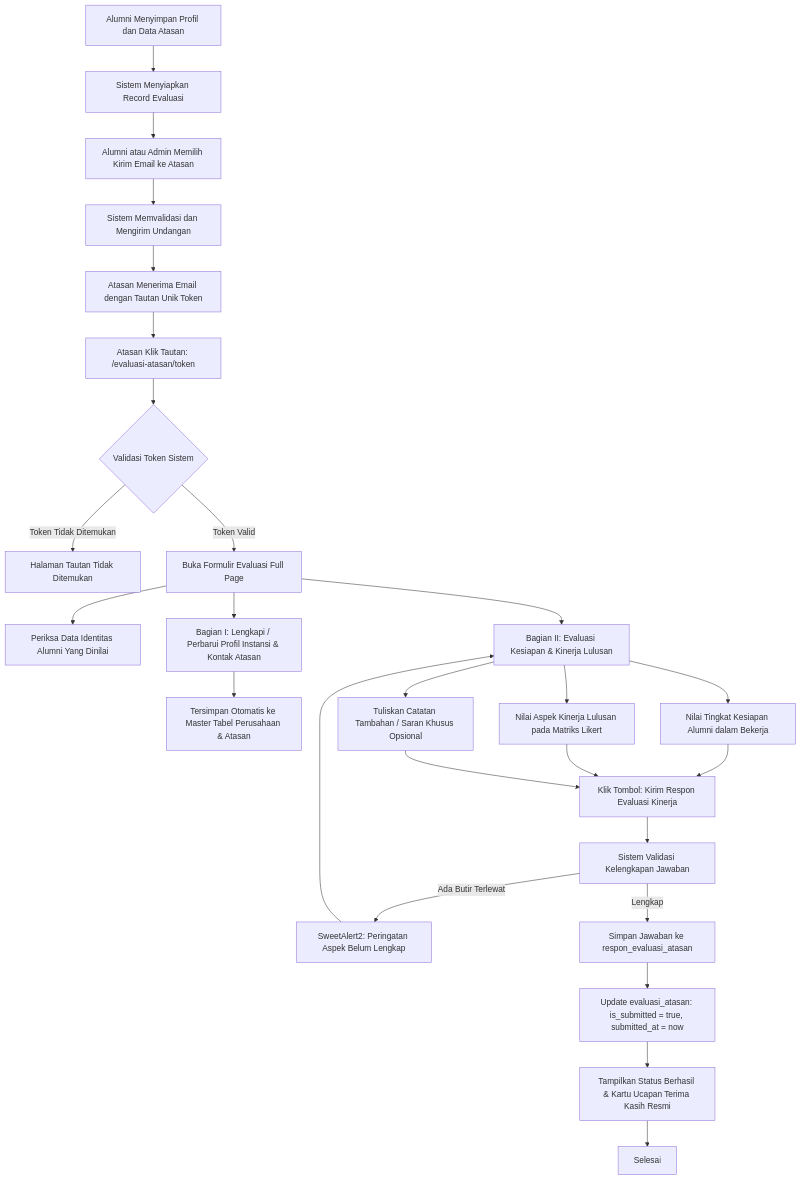
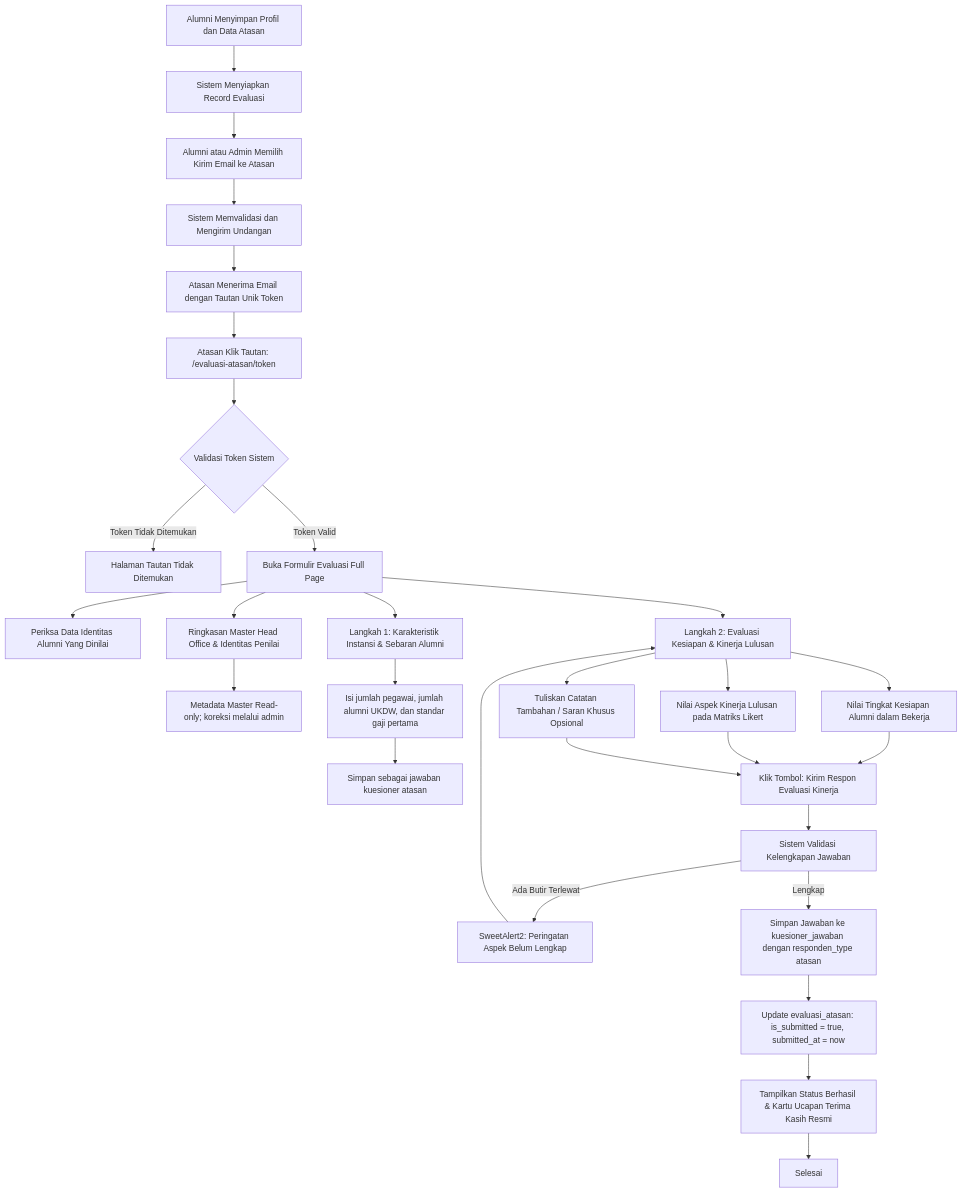
The seventh of 9 diagrams in docs/user-flow.md (claraanjelitakd/tugas-akhir), drawn with Mermaid before and after one commit. The commit also changed other lines of this file and 41 other files, not shown here.

````diff
--- a/docs/user-flow.md
+++ b/docs/user-flow.md
@@ -400,29 +400,33 @@
 ```mermaid
 flowchart TD
     A[Alumni Menyimpan Profil dan Data Atasan] --> S[Sistem Menyiapkan Record Evaluasi]
     S --> T[Alumni atau Admin Memilih Kirim Email ke Atasan]
     T --> B[Sistem Memvalidasi dan Mengirim Undangan]
     B --> C[Atasan Menerima Email dengan Tautan Unik Token]
     C --> D[Atasan Klik Tautan: /evaluasi-atasan/token]
     D --> E{Validasi Token Sistem}
     E -->|Token Tidak Ditemukan| F[Halaman Tautan Tidak Ditemukan]
     E -->|Token Valid| G[Buka Formulir Evaluasi Full Page]
 
     G --> H[Periksa Data Identitas Alumni Yang Dinilai]
-    G --> I[Bagian I: Lengkapi / Perbarui Profil Instansi & Kontak Atasan]
-    I --> J[Tersimpan Otomatis ke Master Tabel Perusahaan & Atasan]
+    G --> I[Ringkasan Master Head Office & Identitas Penilai]
+    I --> J[Metadata Master Read-only; koreksi melalui admin]
 
-    G --> K[Bagian II: Evaluasi Kesiapan & Kinerja Lulusan]
-    K --> K1[Nilai Tingkat Kesiapan Alumni dalam Bekerja]
-    K --> K2[Nilai Aspek Kinerja Lulusan pada Matriks Likert]
-    K --> K3[Tuliskan Catatan Tambahan / Saran Khusus Opsional]
+    G --> K[Langkah 1: Karakteristik Instansi & Sebaran Alumni]
+    K --> K0[Isi jumlah pegawai, jumlah alumni UKDW, dan standar gaji pertama]
+    K0 --> K4[Simpan sebagai jawaban kuesioner atasan]
+
+    G --> K5[Langkah 2: Evaluasi Kesiapan & Kinerja Lulusan]
+    K5 --> K1[Nilai Tingkat Kesiapan Alumni dalam Bekerja]
+    K5 --> K2[Nilai Aspek Kinerja Lulusan pada Matriks Likert]
+    K5 --> K3[Tuliskan Catatan Tambahan / Saran Khusus Opsional]
 
     K1 & K2 & K3 --> L[Klik Tombol: Kirim Respon Evaluasi Kinerja]
     L --> M[Sistem Validasi Kelengkapan Jawaban]
     M -->|Ada Butir Terlewat| N[SweetAlert2: Peringatan Aspek Belum Lengkap]
-    N --> K
-    M -->|Lengkap| O[Simpan Jawaban ke respon_evaluasi_atasan]
+    N --> K5
+    M -->|Lengkap| O[Simpan Jawaban ke kuesioner_jawaban dengan responden_type atasan]
     O --> P[Update evaluasi_atasan: is_submitted = true, submitted_at = now]
     P --> Q[Tampilkan Status Berhasil & Kartu Ucapan Terima Kasih Resmi]
     Q --> R[Selesai]
 ```
````
